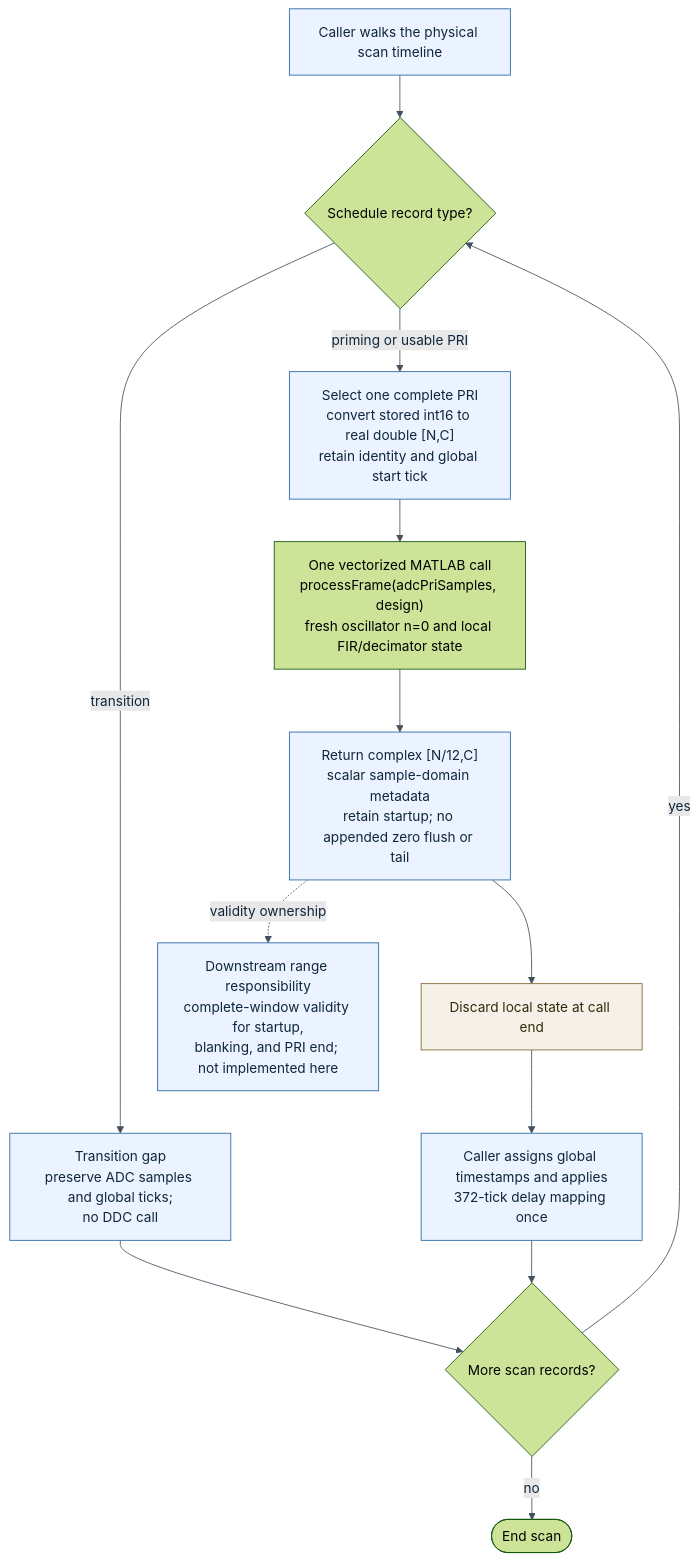
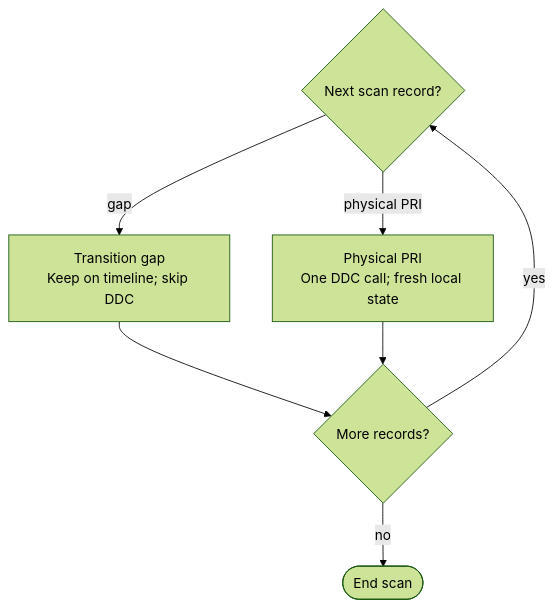
The diagram in docs/examples/assets/ddc-algorithm-state.mmd (JulioLeonPhd/ai-mbd-pilot-project), drawn with Mermaid (forest theme) before and after one commit. The commit also changed 8 other files, not shown here.

First line of the commit message:
Changed: record DDC walkthrough approval and merge follow-ups

```diff
--- a/docs/examples/assets/ddc-algorithm-state.mmd
+++ b/docs/examples/assets/ddc-algorithm-state.mmd
@@ -1,25 +1,11 @@
 flowchart TB
-    scan["Caller walks the physical scan timeline"]
-    select{"Schedule record type?"}
-    gap["Transition gap<br/>preserve ADC samples and global ticks;<br/>no DDC call"]
-    prepare["Select one complete PRI<br/>convert stored int16 to real double [N,C]<br/>retain identity and global start tick"]
-    ddc["One vectorized MATLAB call<br/>processFrame(adcPriSamples, design)<br/>fresh oscillator n=0 and local FIR/decimator state"]
-    out["Return complex [N/12,C]<br/>scalar sample-domain metadata<br/>retain startup; no appended zero flush or tail"]
-    discard["Discard local state at call end"]
-    timing["Caller assigns global timestamps and applies<br/>372-tick delay mapping once"]
-    validity["Downstream range responsibility<br/>complete-window validity for startup,<br/>blanking, and PRI end; not implemented here"]
-    more{"More scan records?"}
-    finish([End scan])
+    select{"Next scan record?"}
+    gap["Transition gap<br/>Keep on timeline; skip DDC"]
+    pri["Physical PRI<br/>One DDC call; fresh local state"]
+    more{"More records?"}
+    done([End scan])
 
-    scan --> select
-    select -- "transition" --> gap --> more
-    select -- "priming or usable PRI" --> prepare --> ddc --> out --> discard --> timing --> more
-    out -. "validity ownership" .-> validity
+    select -- "gap" --> gap --> more
+    select -- "physical PRI" --> pri --> more
     more -- "yes" --> select
-    more -- "no" --> finish
-
-    classDef data fill:#eaf3ff,stroke:#2864a0,color:#10263b
-    classDef state fill:#f5f1e8,stroke:#80642e,color:#34280d
-    class scan,gap,prepare,out,timing,validity data
-    class discard state
-    linkStyle default stroke:#43515e,color:#10263b
+    more -- "no" --> done
```
